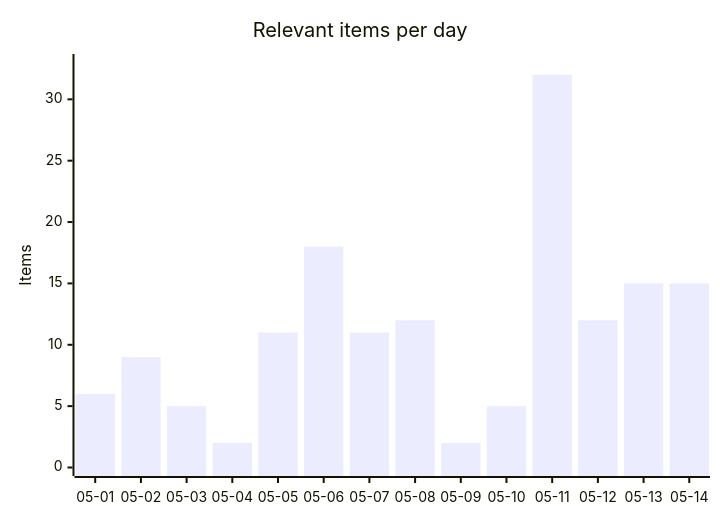
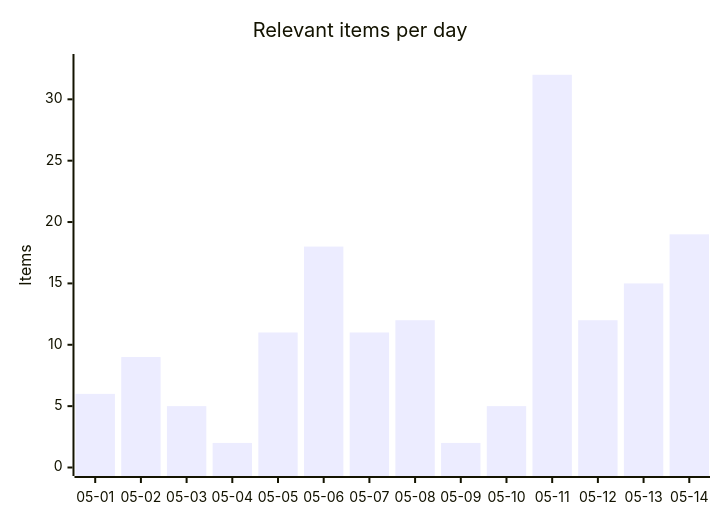
The first of 4 diagrams in README.md (martinbalfanz/social-scanner-reports), drawn with Mermaid before and after one commit. The commit also changed other lines of this file and 2 other files, not shown here.

````diff
--- a/README.md
+++ b/README.md
@@ -30,7 +30,7 @@
 ```mermaid
 xychart-beta
     title "Relevant items per day"
     x-axis ["05-01", "05-02", "05-03", "05-04", "05-05", "05-06", "05-07", "05-08", "05-09", "05-10", "05-11", "05-12", "05-13", "05-14"]
     y-axis "Items" 0 --> 33
-    bar [6, 9, 5, 2, 11, 18, 11, 12, 2, 5, 32, 12, 15, 15]
+    bar [6, 9, 5, 2, 11, 18, 11, 12, 2, 5, 32, 12, 15, 19]
 ```
````
